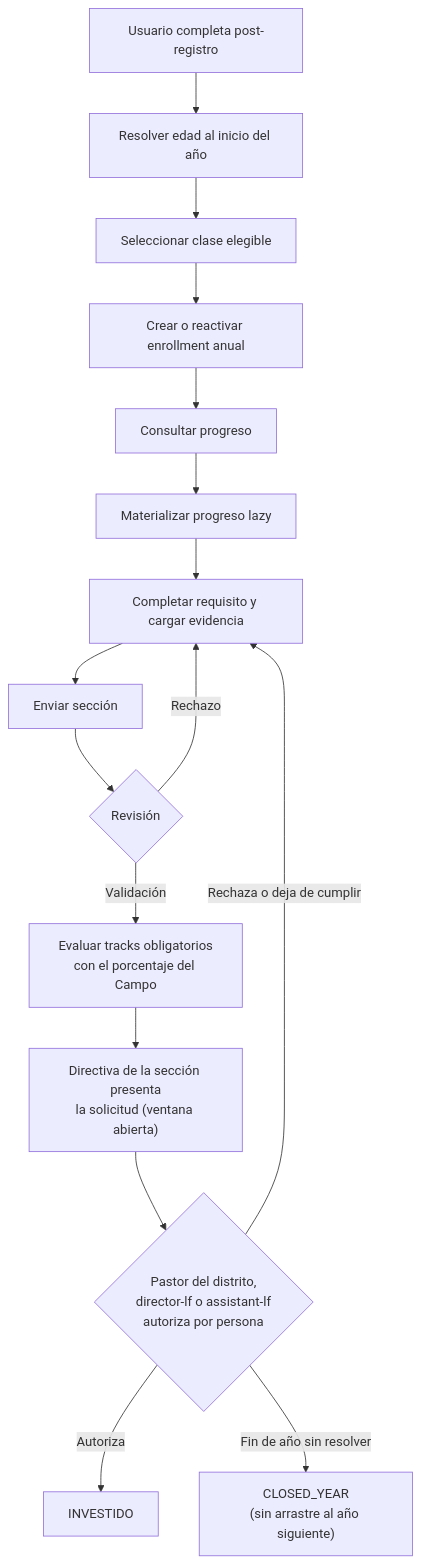
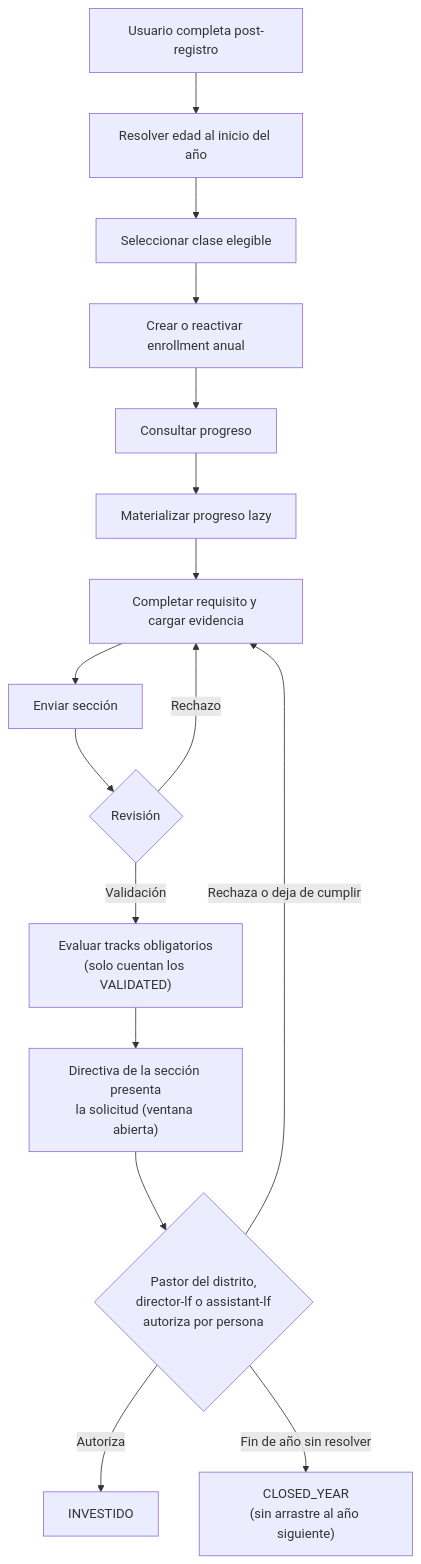
Before and after one commit to abn-r/sacdia: the third of 5 diagrams in docs/features/clases-progresivas-analisis-integral.md, drawn with Mermaid. The commit also changed other lines of this file and 12 other files, not shown here.

````diff
--- a/docs/features/clases-progresivas-analisis-integral.md
+++ b/docs/features/clases-progresivas-analisis-integral.md
@@ -236,18 +235,18 @@
 ```mermaid
 flowchart TD
     U["Usuario completa post-registro"] --> R["Resolver edad al inicio del año"]
     R --> C["Seleccionar clase elegible"]
     C --> E["Crear o reactivar enrollment anual"]
     E --> P["Consultar progreso"]
     P --> L["Materializar progreso lazy"]
     L --> F["Completar requisito y cargar evidencia"]
     F --> S["Enviar sección"]
     S --> V{"Revisión"}
     V -->|Rechazo| F
-    V -->|Validación| Q["Evaluar tracks obligatorios\ncon el porcentaje del Campo"]
+    V -->|Validación| Q["Evaluar tracks obligatorios\n(solo cuentan los VALIDATED)"]
     Q --> I["Directiva de la sección presenta\nla solicitud (ventana abierta)"]
     I --> A{"Pastor del distrito,\ndirector-lf o assistant-lf\nautoriza por persona"}
     A -->|Autoriza| IN["INVESTIDO"]
     A -->|Rechaza o deja de cumplir| F
     A -->|Fin de año sin resolver| CY["CLOSED_YEAR\n(sin arrastre al año siguiente)"]
 ```
````
